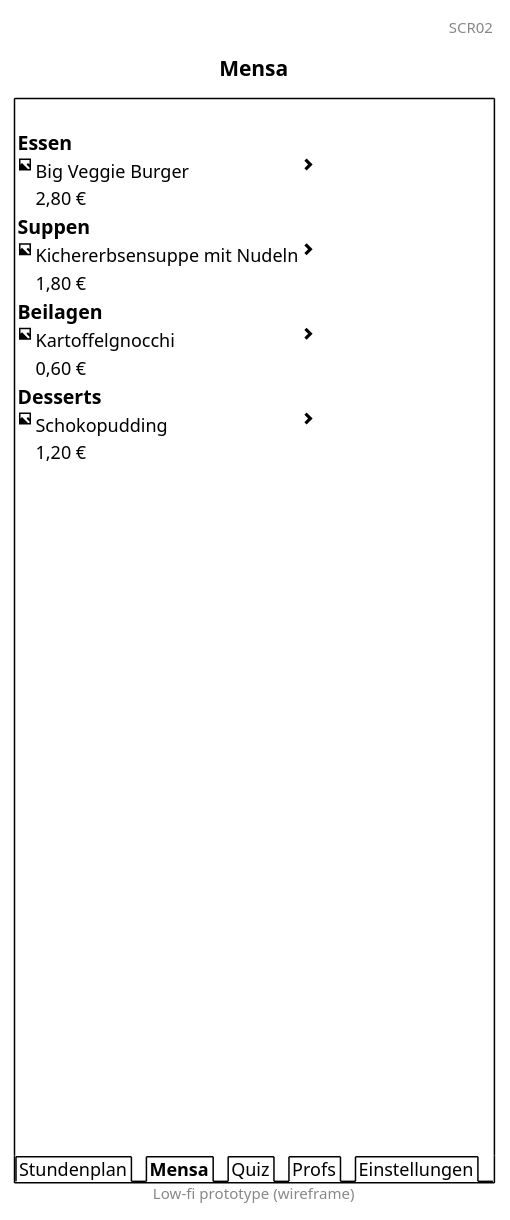
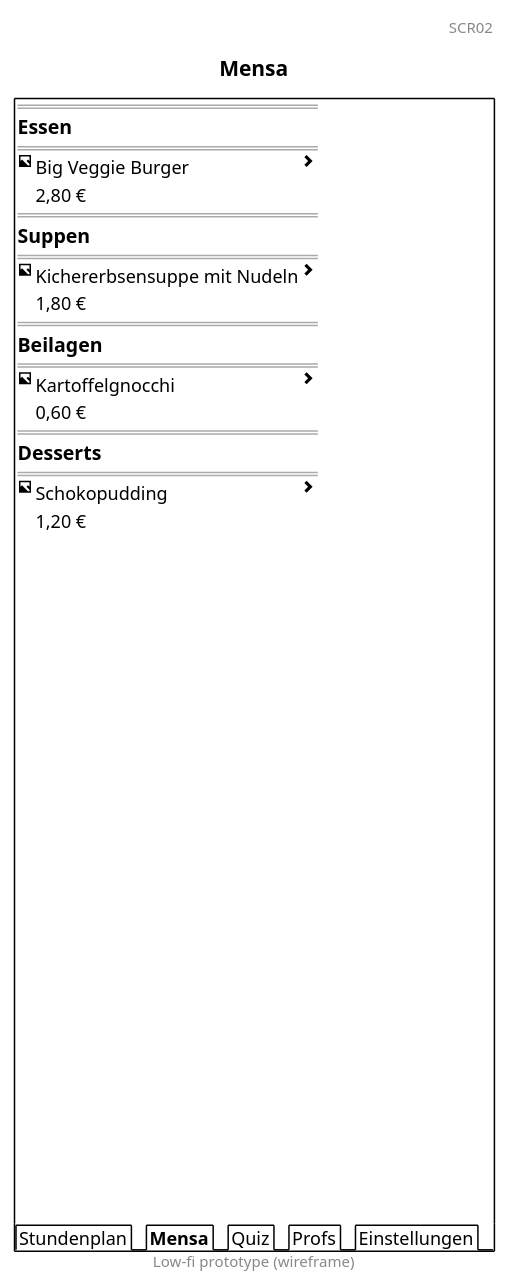
Before and after one commit to RobinNunkesser/plantuml: the diagram in scr2.pu, drawn with PlantUML. The commit also changed 5 other files, not shown here.

```diff
--- a/scr2.pu
+++ b/scr2.pu
@@ -1,48 +1,55 @@
 @startsalt
 title Mensa
 header SCR02
 footer Low-fi prototype (wireframe)
 {+
 {
-    .
+    == | * | * 
     === Essen | *
+    == | * | *
     <&image> | Big Veggie Burger | <&chevron-right>
     . | 2,80 € | .
+    == | * | *
     === Suppen | *
+    == | * | *
     <&image> | Kichererbsensuppe mit Nudeln | <&chevron-right>
     . | 1,80 € | .
+    == | * | *
     === Beilagen | *
+    == | * | *
     <&image> | Kartoffelgnocchi | <&chevron-right>
     . | 0,60 € | .
+    == | * | *
     === Desserts | *
+    == | * | *
     <&image> | Schokopudding | <&chevron-right>
     . | 1,20 € | .
     .
     .
     .
     .
     .
     .
     .
     .
     .
     .
     .
     .
     .
     .
     .
     .
     .
     .
     .
     .
     .
     .
     .
     .
     .
 }
 {/ Stundenplan | <b>Mensa | Quiz | Profs | Einstellungen }
 }
 @endsalt
```
